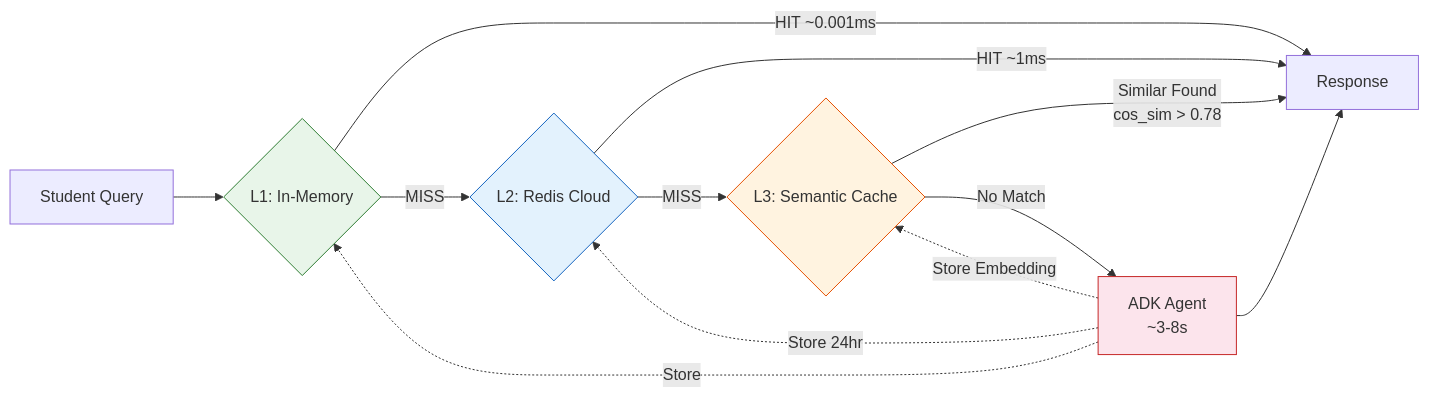
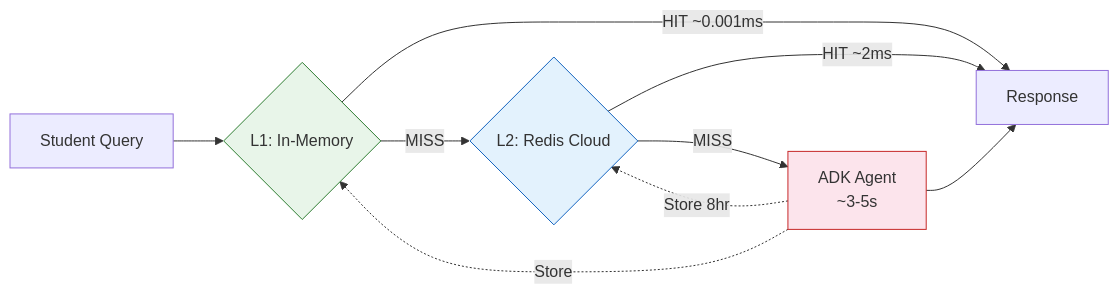
Before and after one commit to theaayushstha1/cs-navigator: the third of 5 diagrams in README.md, drawn with Mermaid. The commit also changed other lines of this file, not shown here.

````diff
--- a/README.md
+++ b/README.md
@@ -108,19 +136,15 @@
 ```mermaid
 flowchart LR
     Q[Student Query] --> L1{L1: In-Memory}
     L1 -->|HIT ~0.001ms| R[Response]
     L1 -->|MISS| L2{L2: Redis Cloud}
-    L2 -->|HIT ~1ms| R
-    L2 -->|MISS| L3{L3: Semantic Cache}
-    L3 -->|Similar Found\ncos_sim > 0.78| R
-    L3 -->|No Match| Agent[ADK Agent\n~3-8s]
+    L2 -->|HIT ~2ms| R
+    L2 -->|MISS| Agent[ADK Agent\n~3-5s]
     Agent --> R
     Agent -.->|Store| L1
-    Agent -.->|Store 24hr| L2
-    Agent -.->|Store Embedding| L3
+    Agent -.->|Store 8hr| L2
 
     style L1 fill:#e8f5e9,stroke:#2e7d32
     style L2 fill:#e3f2fd,stroke:#1565c0
-    style L3 fill:#fff3e0,stroke:#e65100
     style Agent fill:#fce4ec,stroke:#c62828
 ```
````
